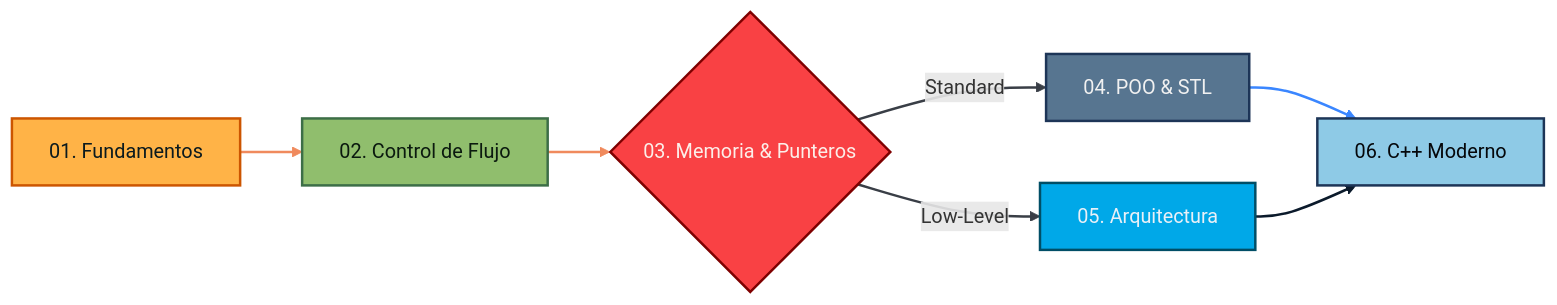
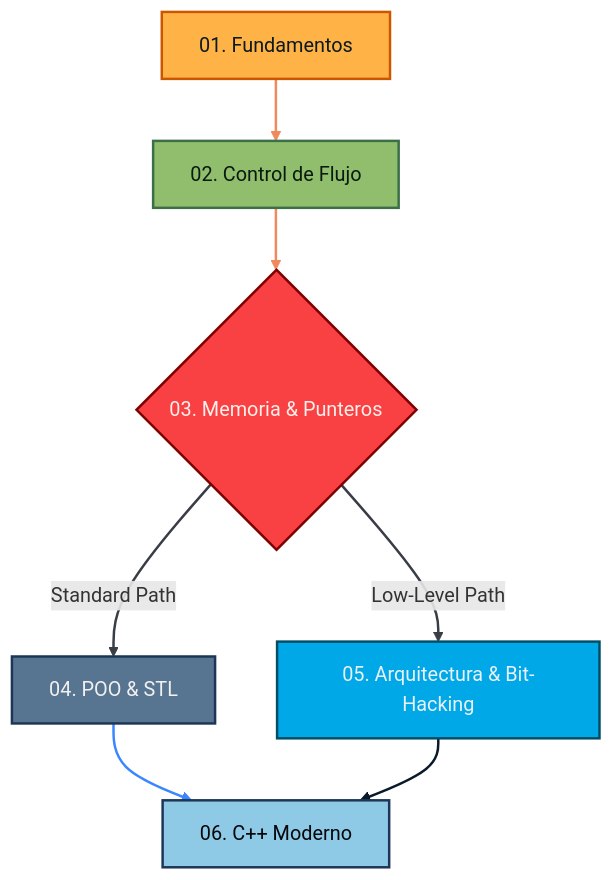
Before and after one commit to MarvinCif/Portafolio_C_mas_mas: the diagram in README.md, drawn with Mermaid.

Commit message:
Portafolio-C++: 1 cambio(s)\n\nCambios:\n- Modified: README.md\n

````diff
--- a/README.md
+++ b/README.md
@@ -26,31 +26,31 @@
 ```mermaid
-%%{init: {'theme': 'base', 'flowchart': {'useMaxWidth': true, 'nodeSpacing': 10, 'rankSpacing': 20}, 'themeVariables': {
+%%{init: {'theme': 'base', 'flowchart': {'useMaxWidth': true, 'nodeSpacing': 10, 'rankSpacing': 15}, 'themeVariables': {
   'fontFamily': '"Fira Code", "DejaVu Sans Mono", monospace',
-  'fontSize': '10px',
-  'nodePadding': '4',
+  'fontSize': '9px',
+  'nodePadding': '3',
   'primaryColor': '#ff6f61',
   'edgeLabelBackground': '#0b1a2b',
   'edgeLabelColor': '#f1faee',
   'clusterBkg': '#1d3557',
   'tertiaryColor': '#2a9d8f'
 }}}%%
-graph LR;
+graph TD;
   A[01. Fundamentos] --> B[02. Control de Flujo];
   B --> C{03. Memoria & Punteros};
-  C -->|Standard| D[04. POO & STL];
-  C -->|Low-Level| E[05. Arquitectura];
+  C -->|Standard Path| D[04. POO & STL];
+  C -->|Low-Level Path| E[05. Arquitectura & Bit-Hacking];
   D --> F[06. C++ Moderno];
   E --> F;
   style A fill:#ffb347,stroke:#cc5500,stroke-width:2px,color:#0b1a1e
   style B fill:#90be6d,stroke:#3c6e47,stroke-width:2px,color:#0b1a0f
   style C fill:#f94144,stroke:#7f0000,stroke-width:2px,color:#fceee9
   style D fill:#577590,stroke:#1d3557,stroke-width:2px,color:#f1f1f1
   style E fill:#00a8e8,stroke:#004e66,stroke-width:2px,color:#e9f0f7
   style F fill:#8ecae6,stroke:#1d3557,stroke-width:2px,color:#05070a
   linkStyle 0 stroke:#f08a5d,stroke-width:2px;
   linkStyle 1 stroke:#f08a5d,stroke-width:2px;
   linkStyle 2 stroke:#393e46,stroke-width:2px;
   linkStyle 3 stroke:#393e46,stroke-width:2px;
   linkStyle 4 stroke:#3a86ff,stroke-width:2px;
   linkStyle 5 stroke:#0b1a2b,stroke-width:2px;
 ```
````
